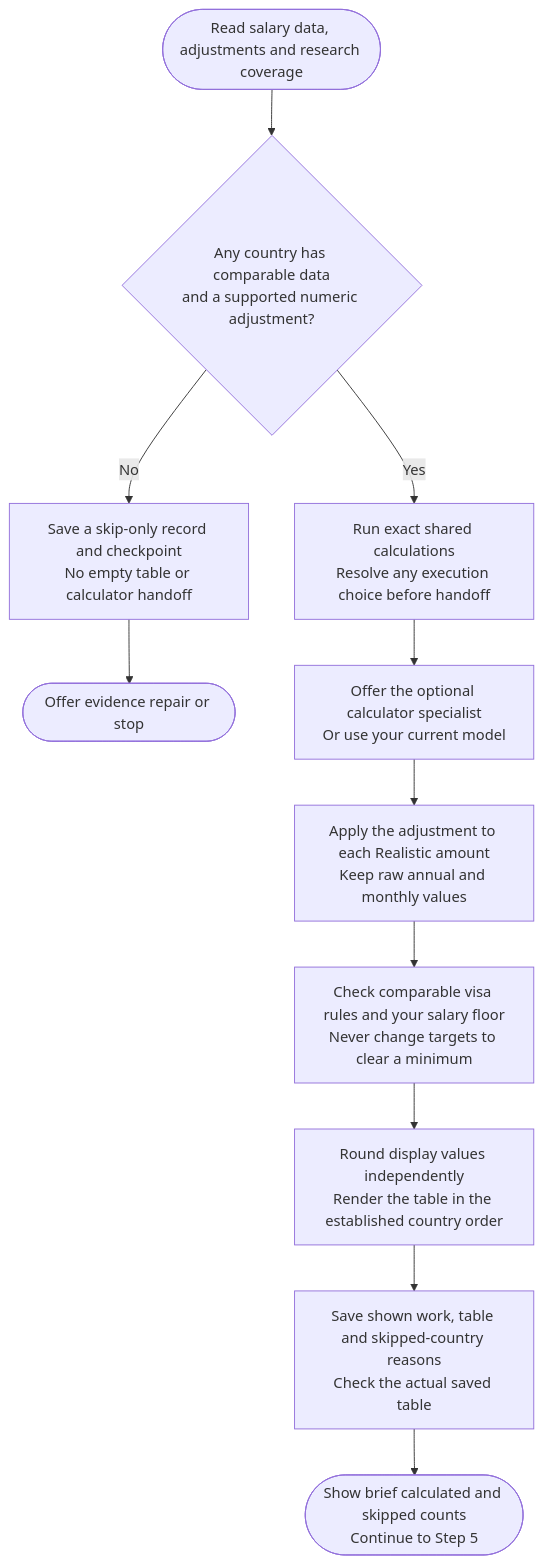
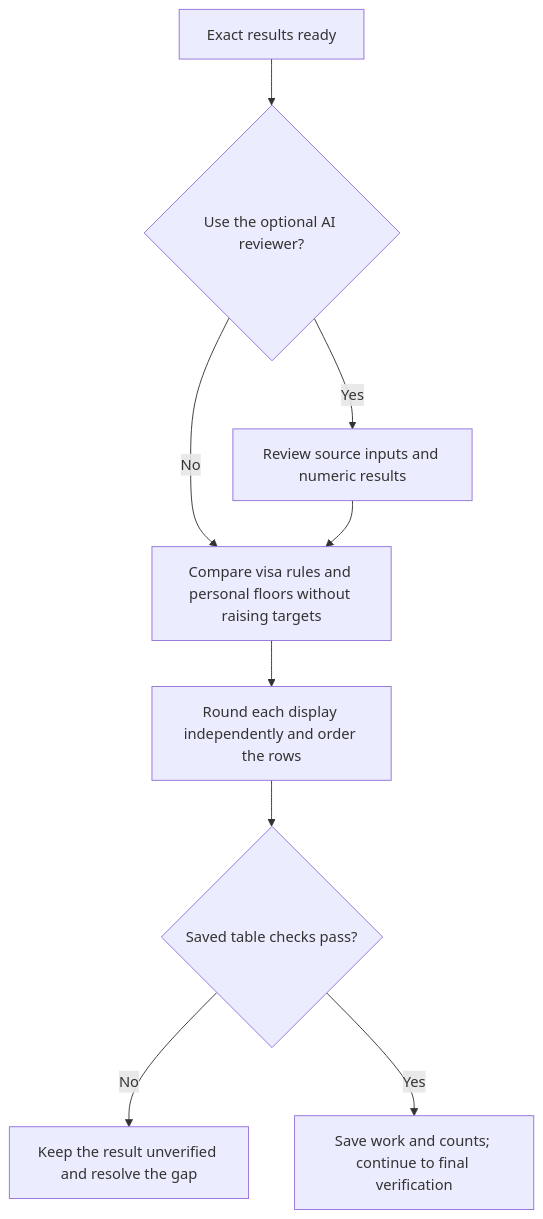
Before and after one commit to myowinthein/agent-compass: the second of 2 diagrams in docs/commands/salary-calculator/step4-table-calculation/detailed.md, drawn with Mermaid. The commit also changed other lines of this file and 24 other files, not shown here.

````diff
--- a/docs/commands/salary-calculator/step4-table-calculation/detailed.md
+++ b/docs/commands/salary-calculator/step4-table-calculation/detailed.md
@@ -22,13 +37,11 @@
 ```mermaid
 flowchart TD
-  Start(["Read salary data, adjustments and research coverage"]) --> Eligible{"Any country has comparable data<br/>and a supported numeric adjustment?"}
-  Eligible -->|No| Empty["Save a skip-only record and checkpoint<br/>No empty table or calculator handoff"]
-  Empty --> Repair(["Offer evidence repair or stop"])
-  Eligible -->|Yes| Helper["Run exact shared calculations<br/>Resolve any execution choice before handoff"]
-  Helper --> Model["Offer the optional calculator specialist<br/>Or use your current model"]
-  Model --> Calc["Apply the adjustment to each Realistic amount<br/>Keep raw annual and monthly values"]
-  Calc --> Rules["Check comparable visa rules and your salary floor<br/>Never change targets to clear a minimum"]
-  Rules --> Display["Round display values independently<br/>Render the table in the established country order"]
-  Display --> Save["Save shown work, table and skipped-country reasons<br/>Check the actual saved table"]
-  Save --> Next(["Show brief calculated and skipped counts<br/>Continue to Step 5"])
+  Exact["Exact results ready"] --> Specialist{"Use the optional AI reviewer?"}
+  Specialist -->|Yes| Review["Review source inputs and numeric results"]
+  Specialist -->|No| Compare["Compare visa rules and personal floors without raising targets"]
+  Review --> Compare
+  Compare --> Format["Round each display independently and order the rows"]
+  Format --> Save{"Saved table checks pass?"}
+  Save -->|No| Hold["Keep the result unverified and resolve the gap"]
+  Save -->|Yes| Audit["Save work and counts; continue to final verification"]
 ```
````
